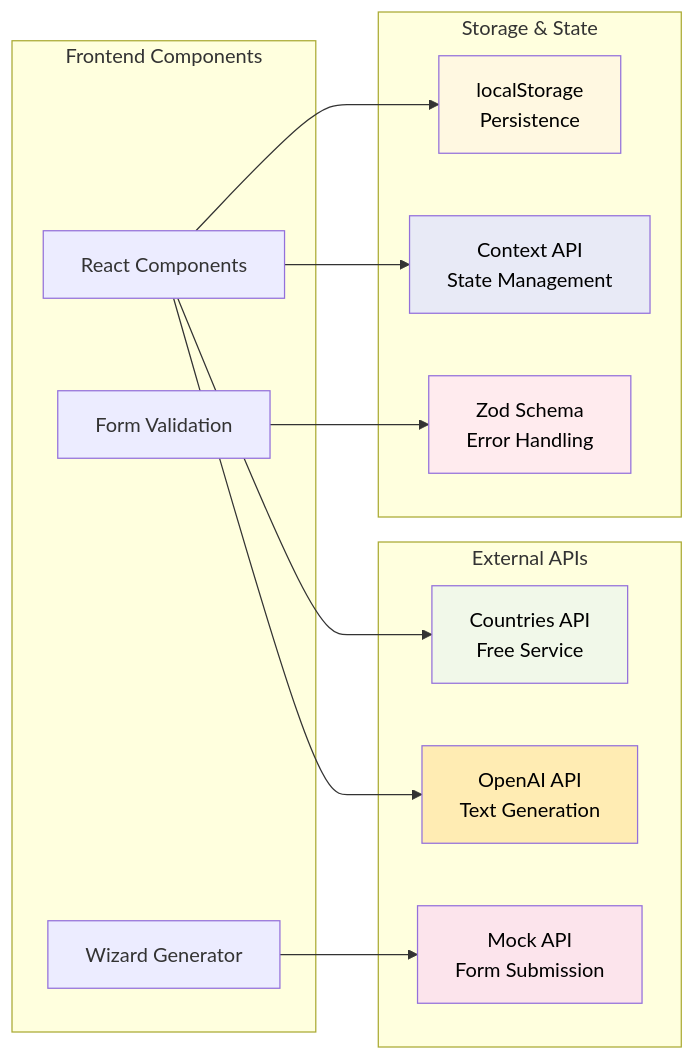
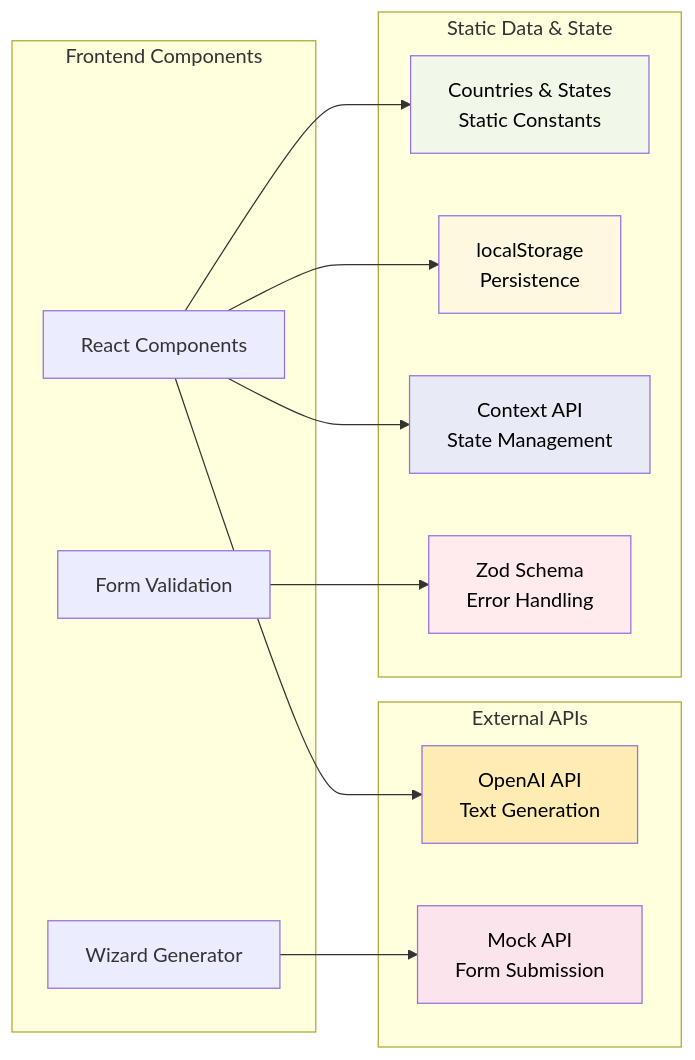
Before and after one commit to noubarhanno/social-support-assignment: the sixth of 6 diagrams in README.md, drawn with Mermaid. The commit also changed other lines of this file and 11 other files, not shown here.

First line of the commit message:
refactor: migrate country and form option constants to static files

````diff
--- a/README.md
+++ b/README.md
@@ -241,34 +239,34 @@
 ```mermaid
 graph LR
     subgraph "Frontend Components"
         A[React Components]
         B[Wizard Generator]
         C[Form Validation]
     end
 
     subgraph "External APIs"
-        D[Countries API<br/>Free Service]
         E[OpenAI API<br/>Text Generation]
         F[Mock API<br/>Form Submission]
     end
 
-    subgraph "Storage & State"
+    subgraph "Static Data & State"
+        D[Countries & States<br/>Static Constants]
         G[localStorage<br/>Persistence]
         H[Context API<br/>State Management]
         I[Zod Schema<br/>Error Handling]
     end
 
     A --> D
     A --> E
     B --> F
     A --> G
     A --> H
     C --> I
 
     style D fill:#f1f8e9,color:#000
     style E fill:#ffecb3,color:#000
     style F fill:#fce4ec,color:#000
     style G fill:#fff8e1,color:#000
     style H fill:#e8eaf6,color:#000
     style I fill:#ffebee,color:#000
 ```
````
